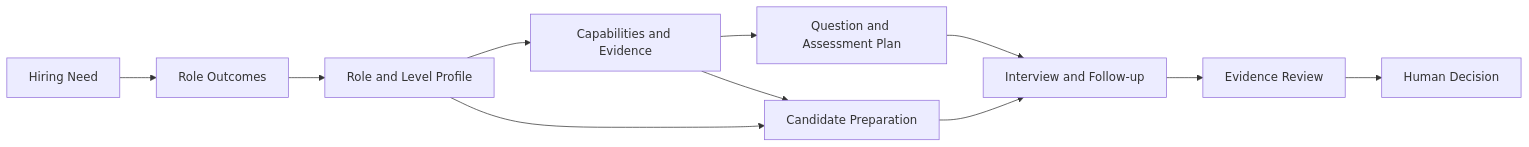
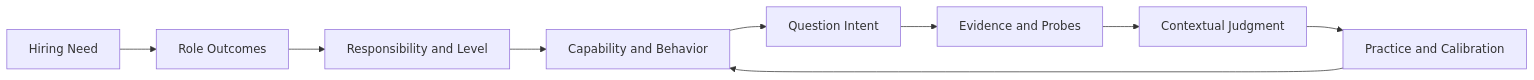
The first of 2 diagrams in src/content/projects/2026/10/interview-compass/zh.md (Liyuk/liyuk.github.io), drawn with Mermaid before and after one commit. The commit also changed other lines of this file and 1 other file, not shown here.

Commit message:
content: refine Interview Compass positioning

````diff
--- a/src/content/projects/2026/10/interview-compass/zh.md
+++ b/src/content/projects/2026/10/interview-compass/zh.md
@@ -24,13 +28,11 @@
 ```mermaid
 flowchart LR
     A[Hiring Need] --> B[Role Outcomes]
-    B --> C[Role and Level Profile]
-    C --> D[Capabilities and Evidence]
-    D --> E[Question and Assessment Plan]
-    E --> F[Interview and Follow-up]
-    F --> G[Evidence Review]
-    G --> H[Human Decision]
-    C --> I[Candidate Preparation]
-    D --> I
-    I --> F
+    B --> C[Responsibility and Level]
+    C --> D[Capability and Behavior]
+    D --> E[Question Intent]
+    E --> F[Evidence and Probes]
+    F --> G[Contextual Judgment]
+    G --> H[Practice and Calibration]
+    H --> D
 ```
````
